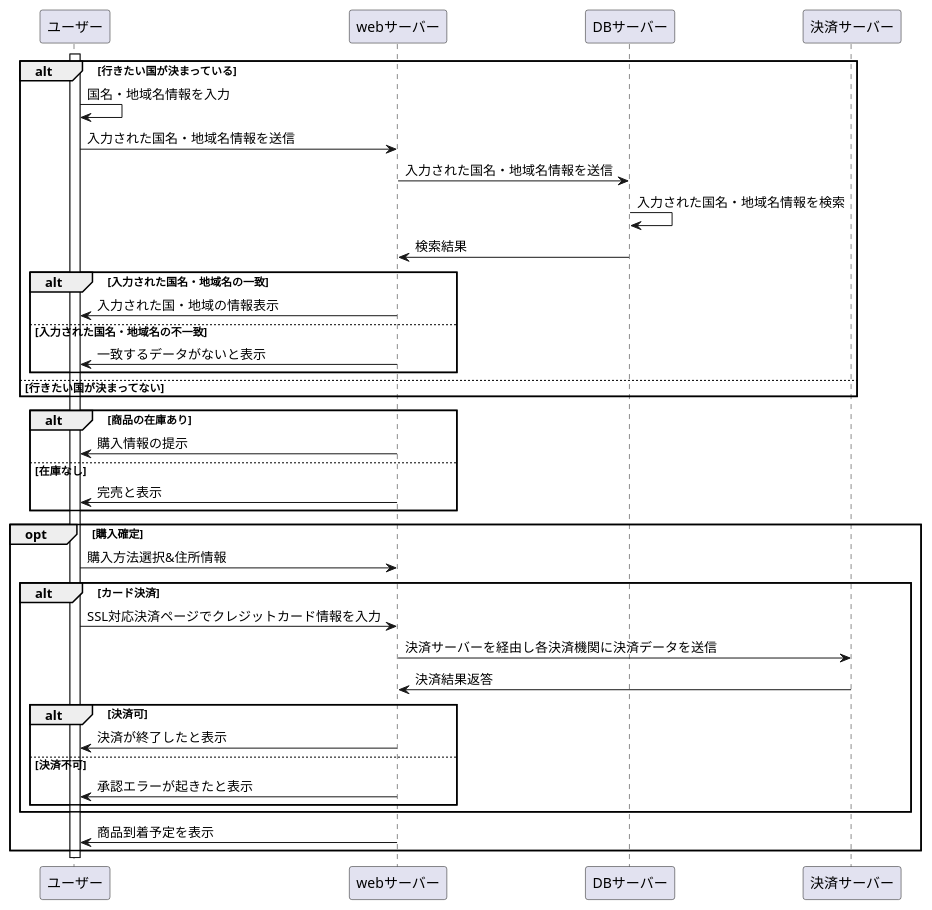
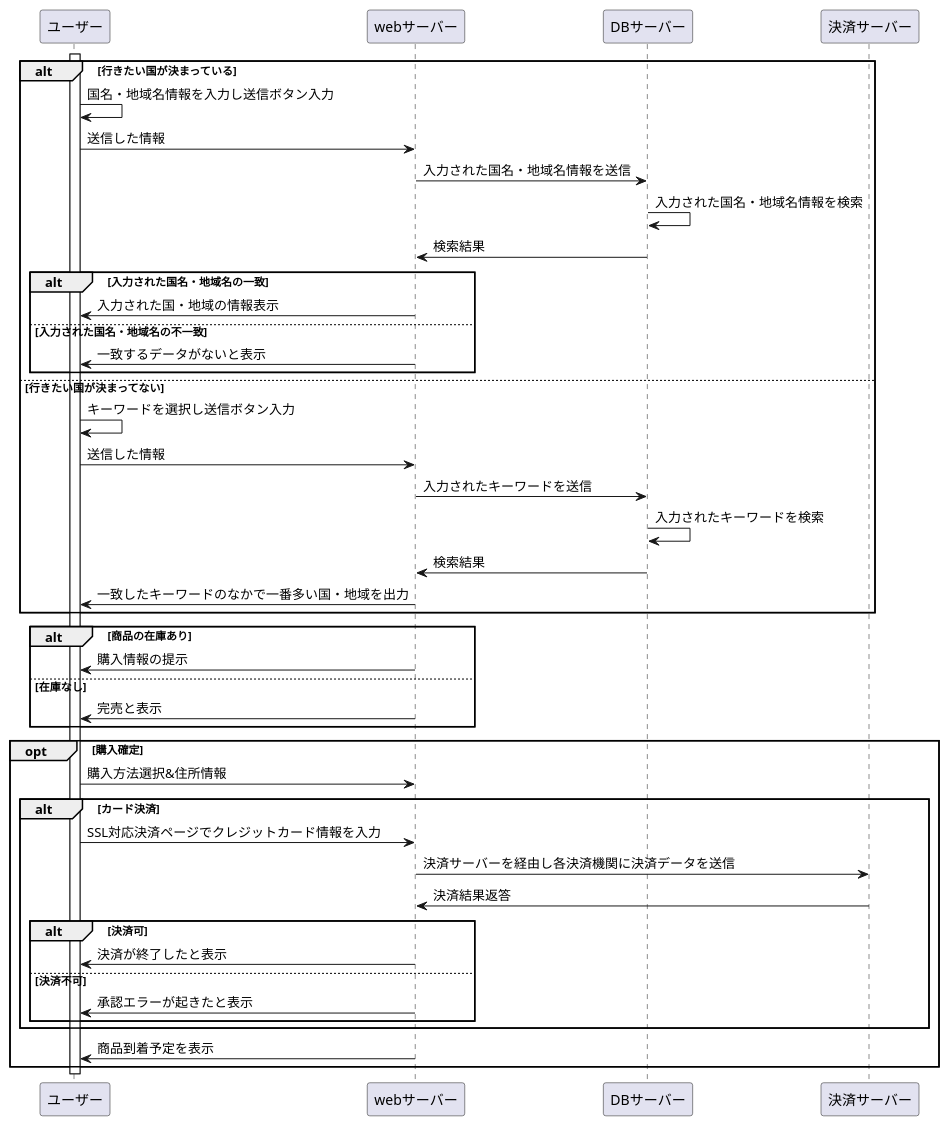
One commit to Aso2001195/2021sys-design changed the diagram in kadai6.md. Above: the diagram before and after it, drawn with PlantUML.

````diff
--- a/kadai6.md
+++ b/kadai6.md
@@ -1,42 +1,46 @@
 ```uml
 @startuml
 activate ユーザー
 alt 行きたい国が決まっている
-ユーザー->ユーザー:国名・地域名情報を入力
-ユーザー->webサーバー:入力された国名・地域名情報を送信
+ユーザー->ユーザー:国名・地域名情報を入力し送信ボタン入力
+ユーザー->webサーバー:送信した情報
 webサーバー->DBサーバー:入力された国名・地域名情報を送信
 DBサーバー->DBサーバー:入力された国名・地域名情報を検索
 DBサーバー->webサーバー:検索結果
 alt 入力された国名・地域名の一致
 webサーバー->ユーザー:入力された国・地域の情報表示
 else 入力された国名・地域名の不一致
 webサーバー->ユーザー:一致するデータがないと表示
 end
 else 行きたい国が決まってない
-
-
+ユーザー->ユーザー:キーワードを選択し送信ボタン入力
+ユーザー->webサーバー:送信した情報
+webサーバー->DBサーバー:入力されたキーワードを送信
+DBサーバー->DBサーバー:入力されたキーワードを検索
+DBサーバー->webサーバー:検索結果
+webサーバー->ユーザー:一致したキーワードのなかで一番多い国・地域を出力
 end
 
 alt 商品の在庫あり
 webサーバー->ユーザー:購入情報の提示
 else 在庫なし
 webサーバー->ユーザー:完売と表示
 end 
 
 opt 購入確定
 ユーザー->webサーバー:購入方法選択&住所情報
   alt カード決済
   ユーザー->webサーバー:SSL対応決済ページでクレジットカード情報を入力
   webサーバー->決済サーバー:決済サーバーを経由し各決済機関に決済データを送信
   決済サーバー->webサーバー:決済結果返答
   alt 決済可
   webサーバー->ユーザー:決済が終了したと表示
   else 決済不可
   webサーバー->ユーザー:承認エラーが起きたと表示
   end
   end
   webサーバー->ユーザー:商品到着予定を表示
   end
 deactivate ユーザー
 @enduml
 ```
````
